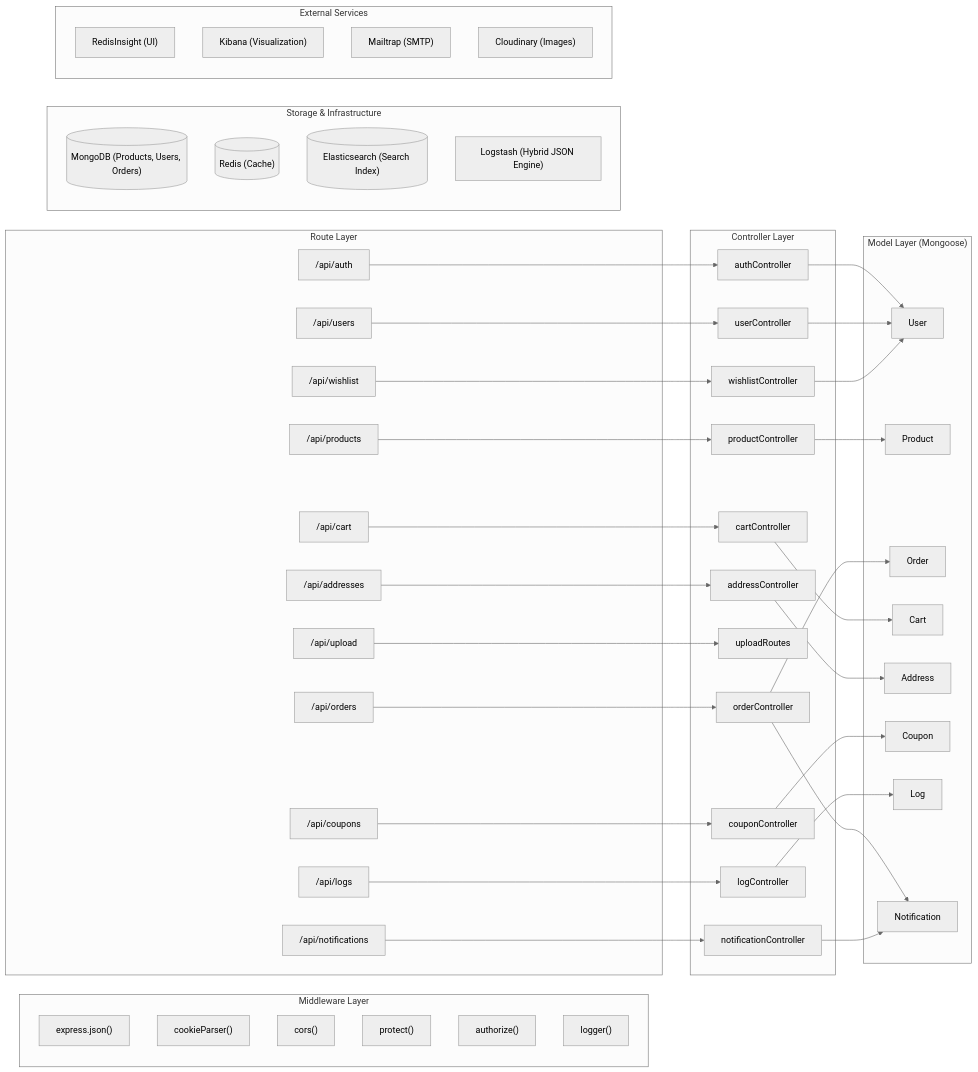
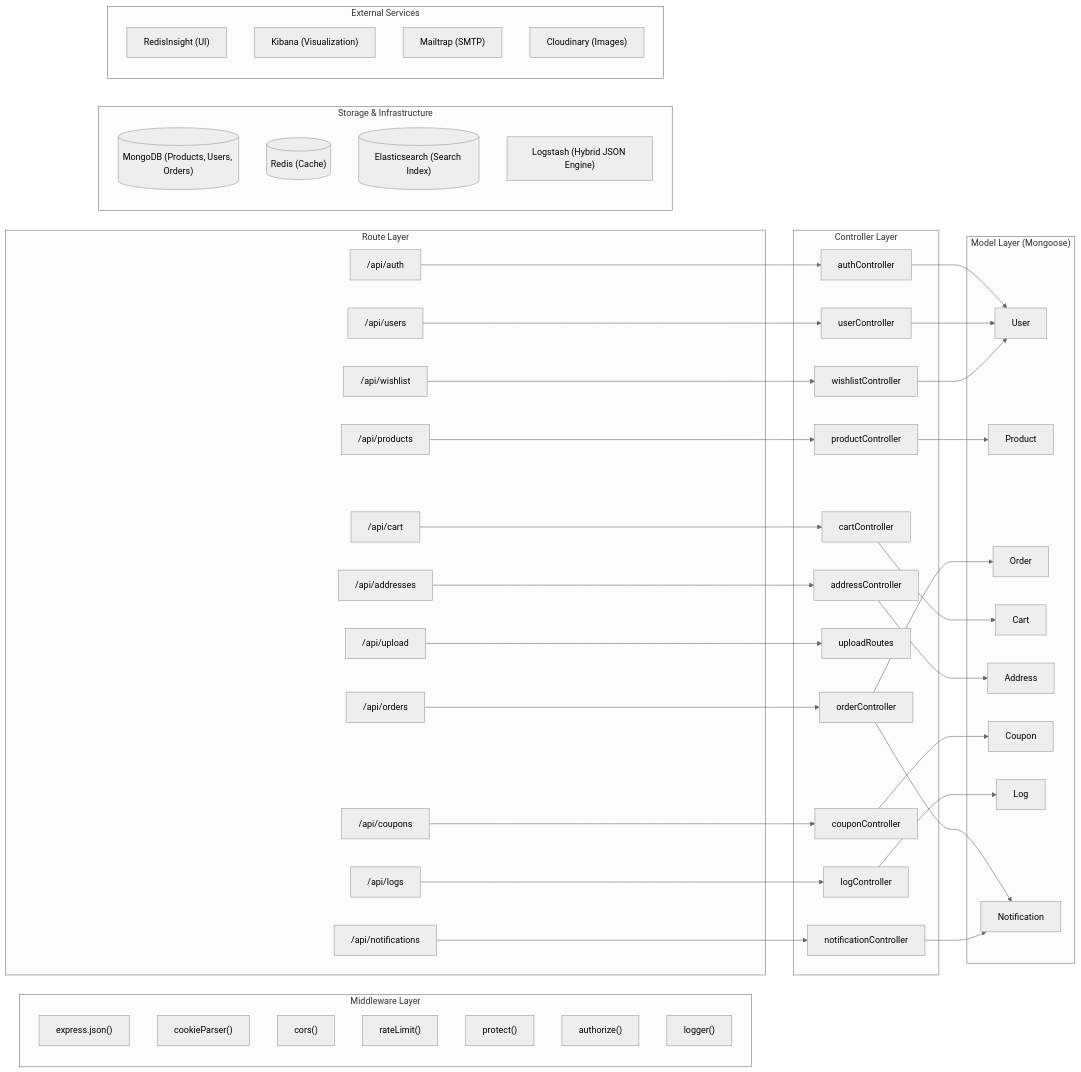
Before and after one commit to Narendrakaduru/QuickCart: the second of 11 diagrams in architecture_diagrams.md, drawn with Mermaid (neutral theme). The commit also changed other lines of this file and 7 other files, not shown here.

```diff
--- a/architecture_diagrams.md
+++ b/architecture_diagrams.md
@@ -53,6 +53,7 @@
         JSON["express.json()"]
         COOKIE["cookieParser()"]
         CORS["cors()"]
+        RATE["rateLimit()"]
         AUTH["protect()"]
         ROLE["authorize()"]
         LOGGER["logger()"]
```
